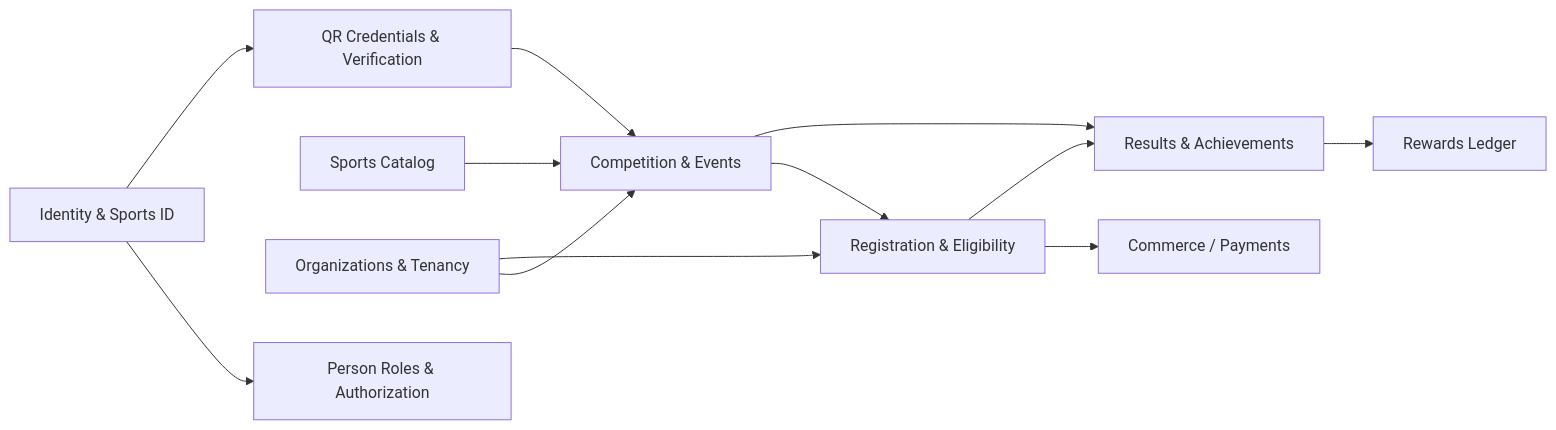
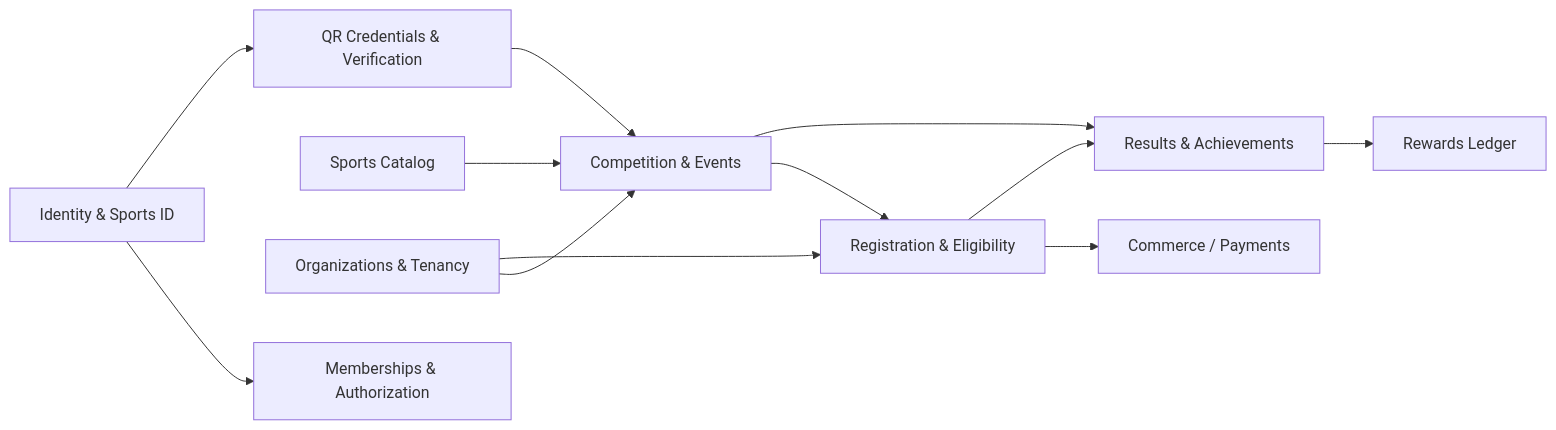
The diagram in docs/architecture/bounded-contexts.md (njaglobal/SportsOS), drawn with Mermaid before and after one commit. The commit also changed other lines of this file and 43 other files, not shown here.

````diff
--- a/docs/architecture/bounded-contexts.md
+++ b/docs/architecture/bounded-contexts.md
@@ -10,25 +13,25 @@
 ```mermaid
 flowchart LR
   Identity["Identity & Sports ID"]
-  Roles["Person Roles & Authorization"]
+  Auth["Memberships & Authorization"]
   Sports["Sports Catalog"]
   Orgs["Organizations & Tenancy"]
   Competition["Competition & Events"]
   Registration["Registration & Eligibility"]
   Commerce["Commerce / Payments"]
   Results["Results & Achievements"]
   Rewards["Rewards Ledger"]
   Credentials["QR Credentials & Verification"]
 
-  Identity --> Roles
+  Identity --> Auth
   Sports --> Competition
   Orgs --> Competition
   Orgs --> Registration
   Competition --> Registration
   Registration --> Commerce
   Competition --> Results
   Registration --> Results
   Results --> Rewards
   Identity --> Credentials
   Credentials --> Competition
 ```
````
